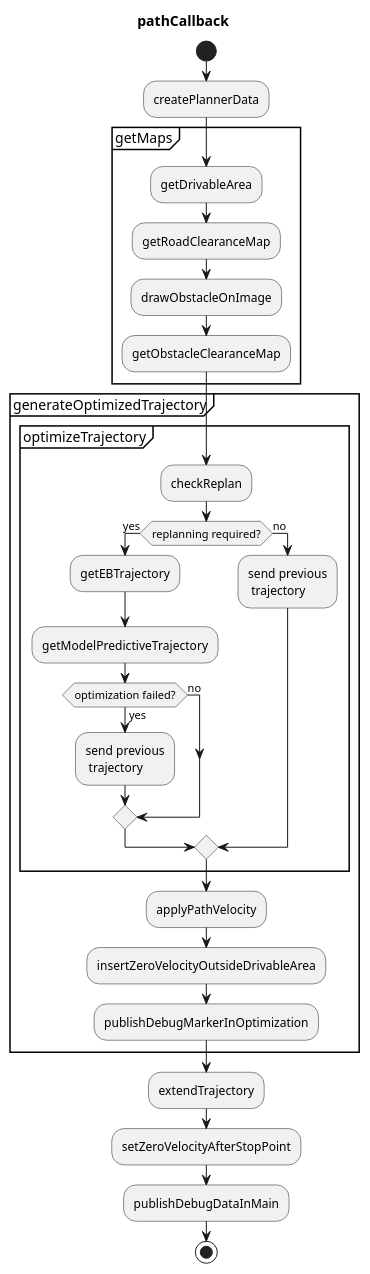
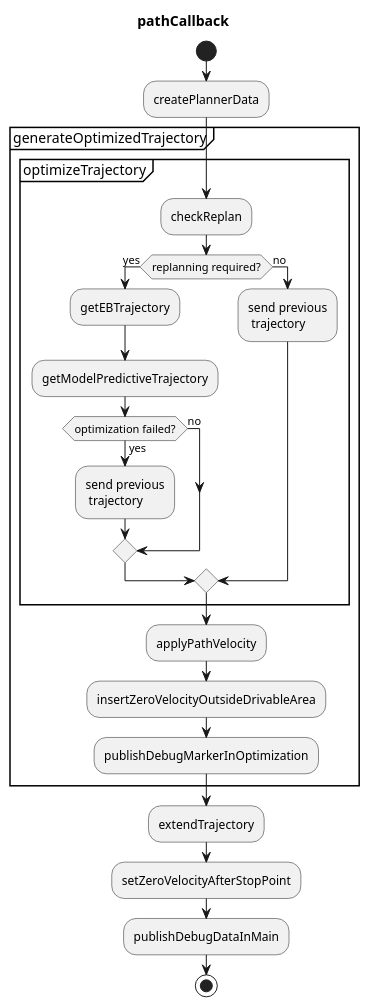
Before and after one commit to autowarefoundation/autoware.universe: the diagram in planning/collision_free_path_planner/README.md, drawn with PlantUML. The commit also changed other lines of this file and 9 other files, not shown here.

````diff
--- a/planning/collision_free_path_planner/README.md
+++ b/planning/collision_free_path_planner/README.md
@@ -35,44 +35,37 @@
 ```plantuml
 @startuml
 title pathCallback
 start
 
 :createPlannerData;
-
-group getMaps
-  :getDrivableArea;
-  :getRoadClearanceMap;
-  :drawObstacleOnImage;
-  :getObstacleClearanceMap;
-end group
 
 group generateOptimizedTrajectory
   group optimizeTrajectory
     :checkReplan;
     if (replanning required?) then (yes)
       :getEBTrajectory;
       :getModelPredictiveTrajectory;
       if (optimization failed?) then (no)
       else (yes)
         :send previous\n trajectory;
       endif
     else (no)
       :send previous\n trajectory;
     endif
   end group
 
   :applyPathVelocity;
   :insertZeroVelocityOutsideDrivableArea;
   :publishDebugMarkerInOptimization;
 end group
 
 
 :extendTrajectory;
 
 :setZeroVelocityAfterStopPoint;
 
 :publishDebugDataInMain;
 
 stop
 @enduml
 ```
````
